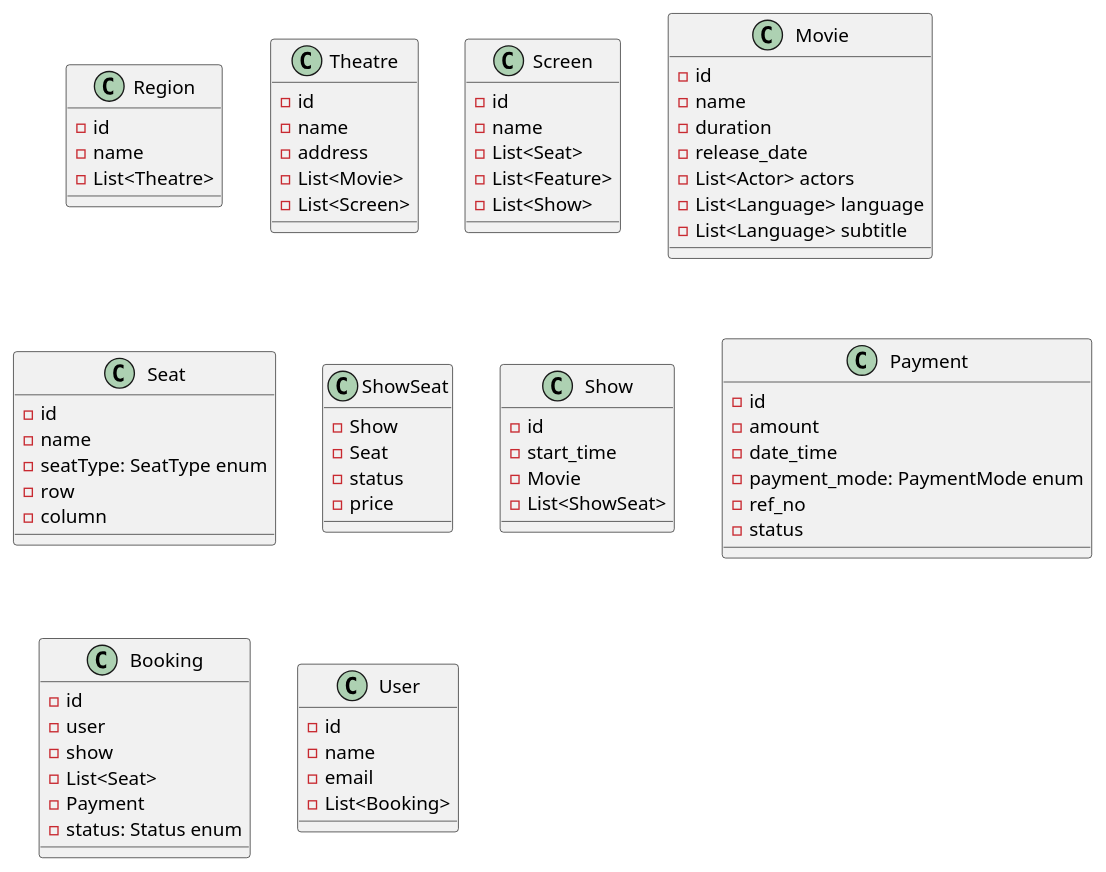
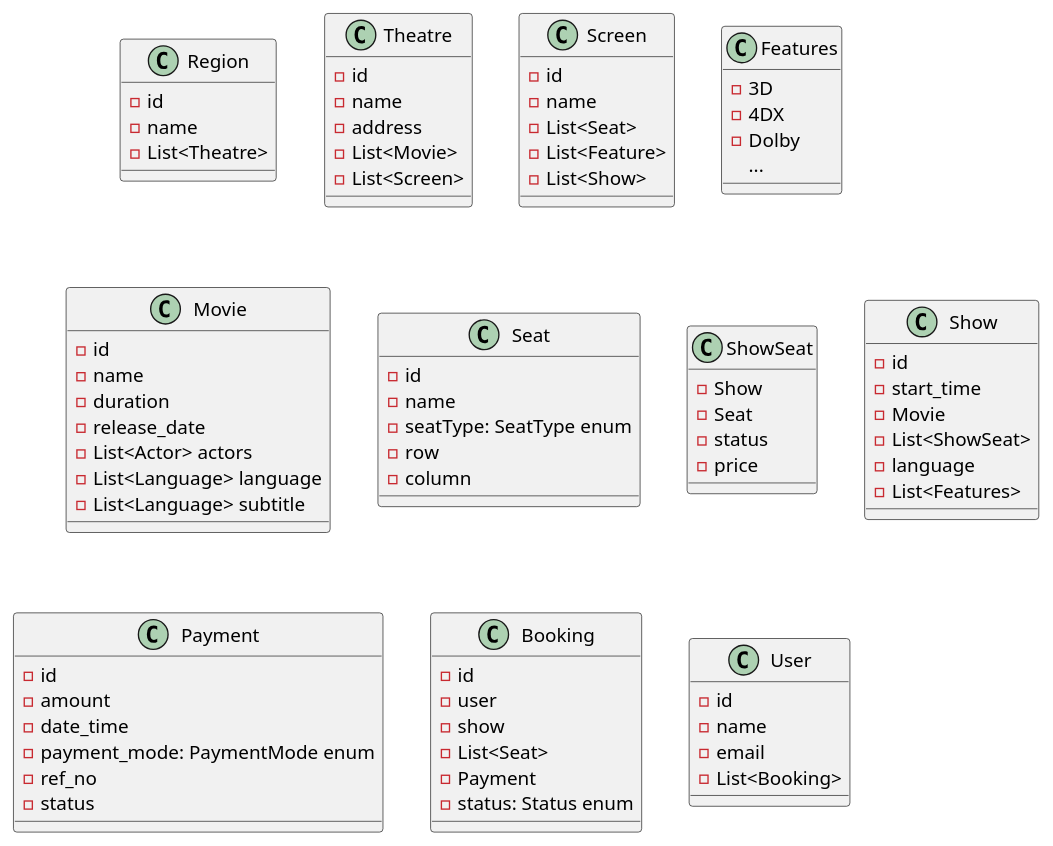
One commit to Chitlangia-Vedant/Obsidian changed the diagram in System Design/07. Book My Show.md. Above: the diagram before and after it, drawn with PlantUML.

Commit message:
vault backup: 2026-09-18 16:14:28

````diff
--- a/System Design/07. Book My Show.md
+++ b/System Design/07. Book My Show.md
@@ -32,74 +32,81 @@
 ```plantuml
 @startuml
 class Region{
 	-id
 	-name
 	-List<Theatre>
 }
 class Theatre{
 	-id
 	-name
 	-address
 	-List<Movie>
 	-List<Screen>
 }
 class Screen{
 	-id
 	-name
 	-List<Seat>
-	-List<Feature>
+	-List<Feature> 
 	-List<Show>
+}
+class Features{
+	-3D
+	-4DX
+	-Dolby
+	...
 }
 class Movie{
 	-id
 	-name
 	-duration
 	-release_date
 	-List<Actor> actors
 	-List<Language> language
 	-List<Language> subtitle
 }
 class Seat{
 	-id
 	-name
 	-seatType: SeatType enum
 	-row
 	-column
 }
-
 class ShowSeat{
 	-Show
 	-Seat
 	-status
 	-price
 }
 class Show{
 	-id
 	-start_time
 	-Movie
 	-List<ShowSeat>
+	-language
+	-List<Features>
 }
 class Payment{
 	-id
 	-amount
 	-date_time
 	-payment_mode: PaymentMode enum
 	-ref_no
 	-status
 }
 class Booking{
 	-id
 	-user
 	-show
 	-List<Seat>
 	-Payment
 	-status: Status enum
 }
 class User{
 	-id
 	-name
 	-email
 	-List<Booking>
 }
 @enduml
 ```
````
